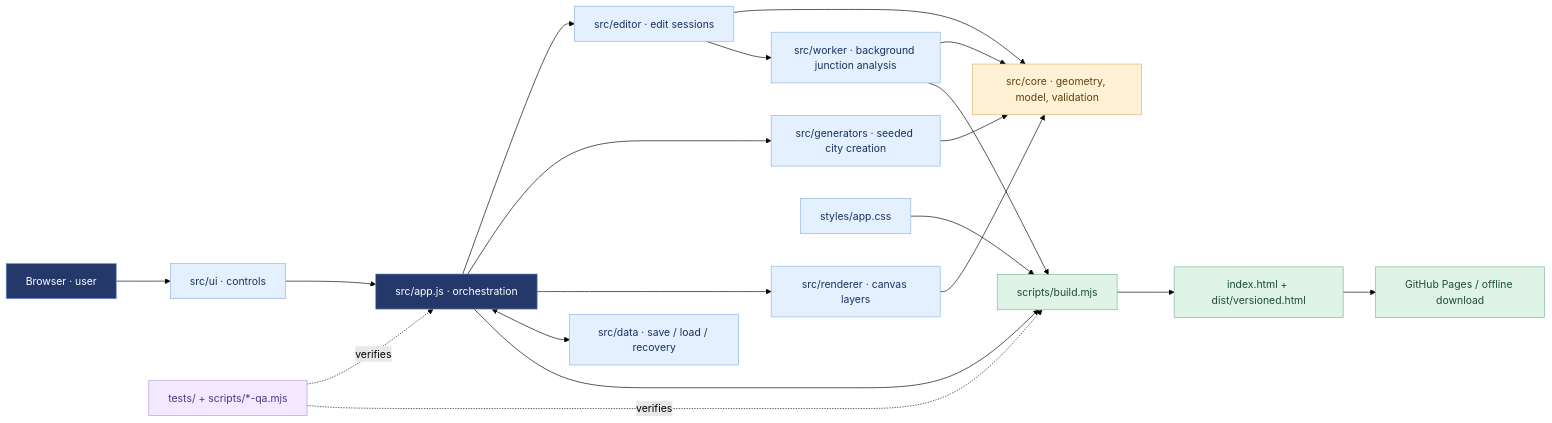
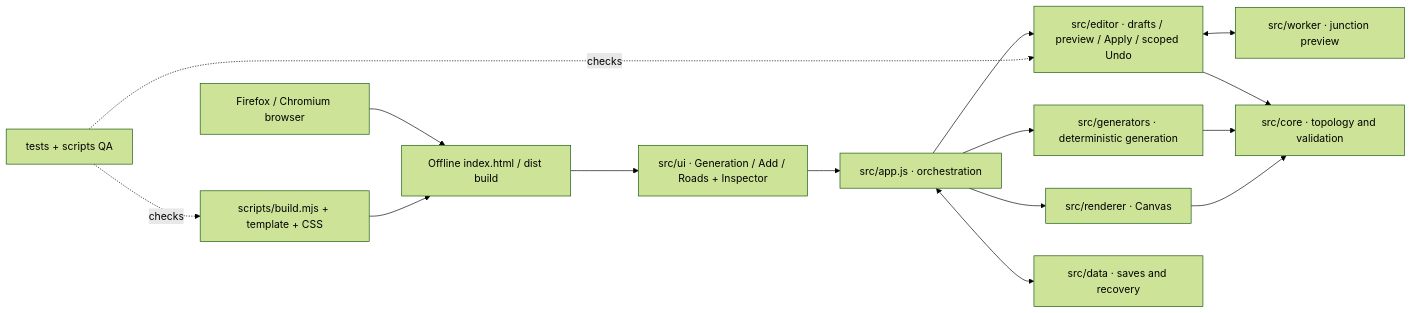
The diagram in docs/architecture/Mappo_Repository_Atlas.md (xbwtyz/Mappo), drawn with Mermaid (forest theme) before and after one commit. The commit also changed other lines of this file and 19 other files, not shown here.

````diff
--- a/docs/architecture/Mappo_Repository_Atlas.md
+++ b/docs/architecture/Mappo_Repository_Atlas.md
@@ -16,26 +11,17 @@
 ```mermaid
 flowchart LR
-  classDef entry fill:#25386a,color:#fff,stroke:#6f8fe2,stroke-width:1px
-  classDef app fill:#e5f0ff,color:#18315e,stroke:#8eb5df
-  classDef core fill:#fff1d6,color:#624009,stroke:#dcb471
-  classDef output fill:#dff4e7,color:#194e32,stroke:#79b996
-  classDef qa fill:#f2e8ff,color:#51347e,stroke:#b5a0d7
-  BROWSER["Browser · user"]:::entry --> UI["src/ui · controls"]:::app
-  UI --> APP["src/app.js · orchestration"]:::entry
-  APP --> EDIT["src/editor · edit sessions"]:::app
-  APP --> GEN["src/generators · seeded city creation"]:::app
-  APP --> DRAW["src/renderer · canvas layers"]:::app
-  APP <--> DATA["src/data · save / load / recovery"]:::app
-  EDIT --> CORE["src/core · geometry, model, validation"]:::core
+  USER["Firefox / Chromium browser"] --> HTML["Offline index.html / dist build"]
+  HTML --> UI["src/ui · Generation / Add / Roads + Inspector"]
+  UI --> APP["src/app.js · orchestration"]
+  APP --> EDIT["src/editor · drafts / preview / Apply / scoped Undo"]
+  APP --> GEN["src/generators · deterministic generation"]
+  APP --> DRAW["src/renderer · Canvas"]
+  APP <--> DATA["src/data · saves and recovery"]
+  EDIT --> CORE["src/core · topology and validation"]
   GEN --> CORE
   DRAW --> CORE
-  EDIT --> W["src/worker · background junction analysis"]:::app
-  W --> CORE
-  CSS["styles/app.css"]:::app --> BUILD["scripts/build.mjs"]:::output
-  APP --> BUILD
-  W --> BUILD
-  BUILD --> HTML["index.html + dist/versioned.html"]:::output
-  HTML --> PAGES["GitHub Pages / offline download"]:::output
-  TEST["tests/ + scripts/*-qa.mjs"]:::qa -. verifies .-> APP
-  TEST -. verifies .-> BUILD
+  EDIT <--> WORKER["src/worker · junction preview"]
+  BUILD["scripts/build.mjs + template + CSS"] --> HTML
+  QA["tests + scripts QA"] -. checks .-> BUILD
+  QA -. checks .-> EDIT
 ```
````
